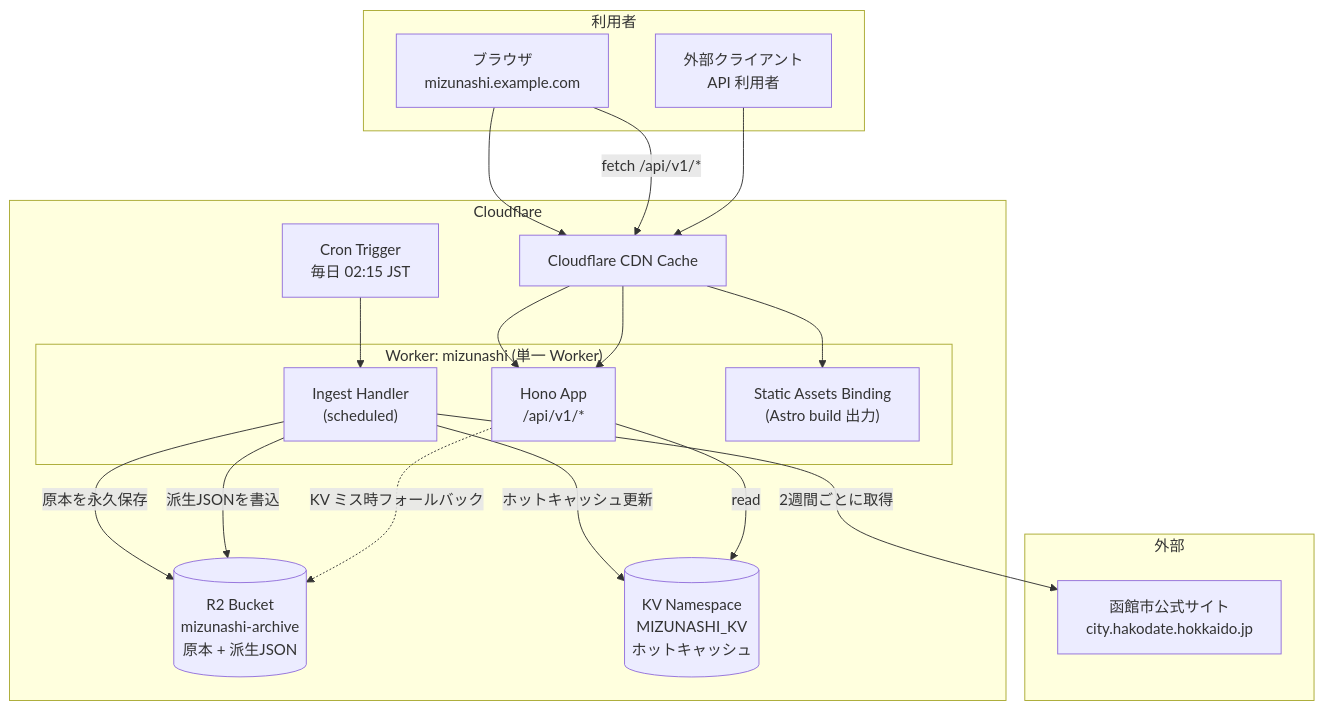
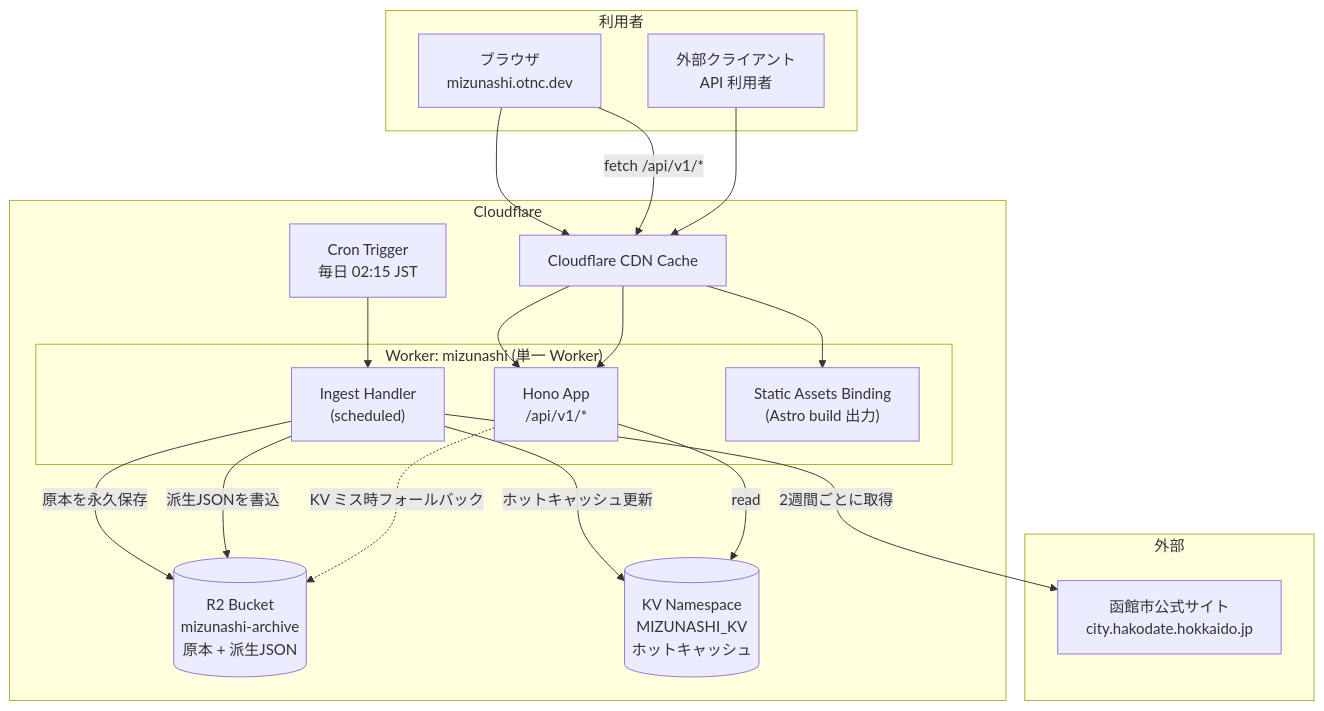
The first of 3 diagrams in docs/DESIGN.md (otnc/mizunashi-scheduler), drawn with Mermaid before and after one commit. The commit also changed other lines of this file and 8 other files, not shown here.

````diff
--- a/docs/DESIGN.md
+++ b/docs/DESIGN.md
@@ -478,37 +478,37 @@
 ```mermaid
 graph TB
     subgraph External["外部"]
         HAKODATE["函館市公式サイト<br/>city.hakodate.hokkaido.jp"]
     end
 
     subgraph CF["Cloudflare"]
         CRON["Cron Trigger<br/>毎日 02:15 JST"]
 
         subgraph W["Worker: mizunashi (単一 Worker)"]
             ING["Ingest Handler<br/>(scheduled)"]
             API["Hono App<br/>/api/v1/*"]
             ASSETS["Static Assets Binding<br/>(Astro build 出力)"]
         end
 
         R2[("R2 Bucket<br/>mizunashi-archive<br/>原本 + 派生JSON")]
         KV[("KV Namespace<br/>MIZUNASHI_KV<br/>ホットキャッシュ")]
         CACHE["Cloudflare CDN Cache"]
     end
 
     subgraph Users["利用者"]
-        BROWSER["ブラウザ<br/>mizunashi.example.com"]
+        BROWSER["ブラウザ<br/>mizunashi.otnc.dev"]
         CLIENT["外部クライアント<br/>API 利用者"]
     end
 
     CRON --> ING
     ING -->|2週間ごとに取得| HAKODATE
     ING -->|原本を永久保存| R2
     ING -->|派生JSONを書込| R2
     ING -->|ホットキャッシュ更新| KV
 
     BROWSER --> CACHE --> ASSETS
     BROWSER -->|fetch /api/v1/*| CACHE --> API
     CLIENT --> CACHE --> API
     API -->|read| KV
     API -.->|KV ミス時フォールバック| R2
 ```
````
